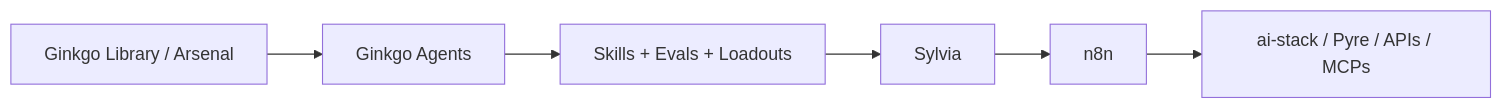
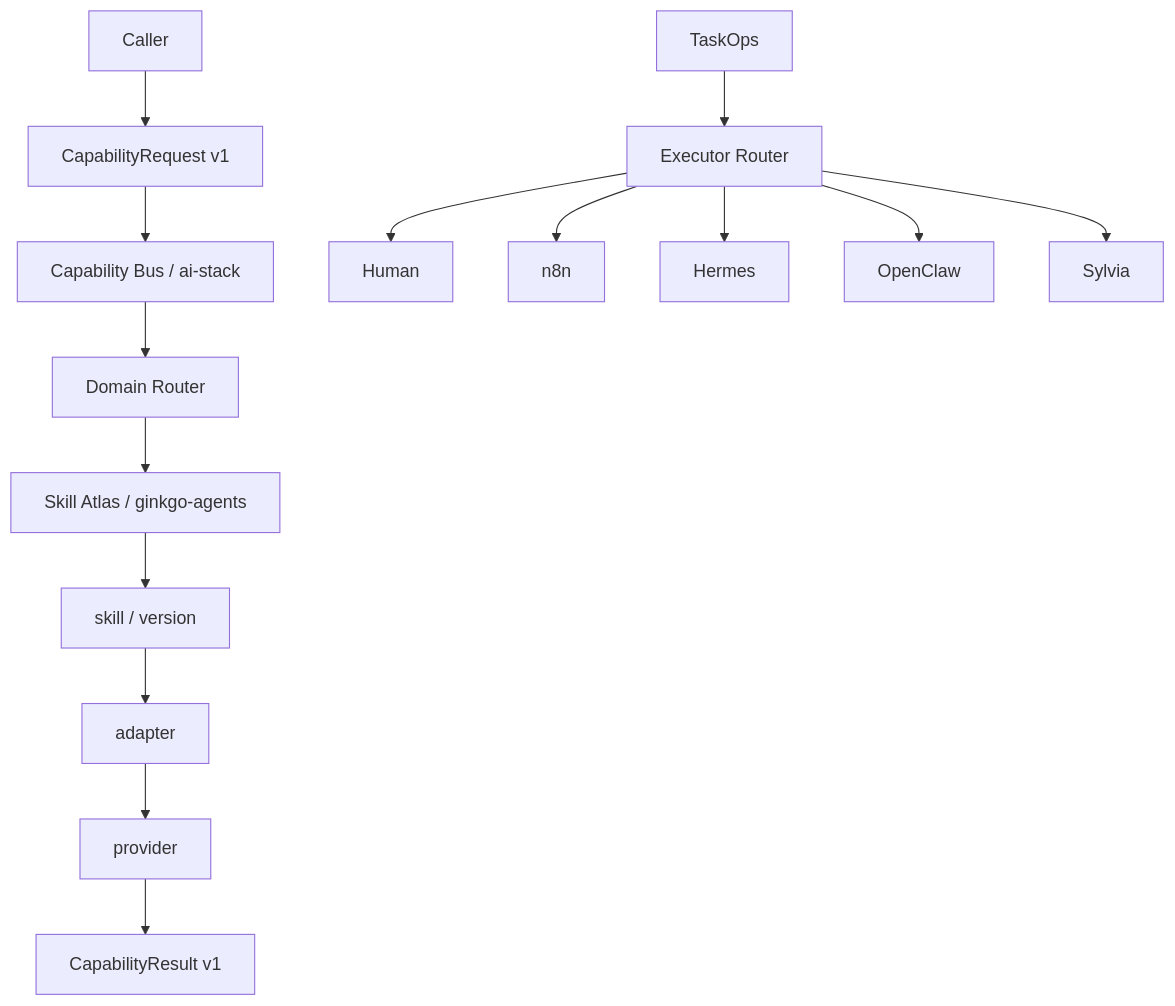
Before and after one commit to Ginkgo-Core/agents: the diagram in README.md, drawn with Mermaid. The commit also changed other lines of this file, not shown here.

Commit message:
docs: align agents atlas README with P0 freeze

````diff
--- a/README.md
+++ b/README.md
@@ -9,8 +50,18 @@
 ```mermaid
-flowchart LR
-    L[Ginkgo Library / Arsenal] --> A[Ginkgo Agents]
-    A --> S[Skills + Evals + Loadouts]
-    S --> SY[Sylvia]
-    SY --> N[n8n]
-    N --> R[ai-stack / Pyre / APIs / MCPs]
+flowchart TB
+    C[Caller] --> CR[CapabilityRequest v1]
+    CR --> B[Capability Bus / ai-stack]
+    B --> DR[Domain Router]
+    DR --> A[Skill Atlas / ginkgo-agents]
+    A --> SR[skill / version]
+    SR --> AD[adapter]
+    AD --> P[provider]
+    P --> R[CapabilityResult v1]
+
+    T[TaskOps] --> ER[Executor Router]
+    ER --> H[Human]
+    ER --> N[n8n]
+    ER --> HE[Hermes]
+    ER --> O[OpenClaw]
+    ER --> S[Sylvia]
 ```
````
